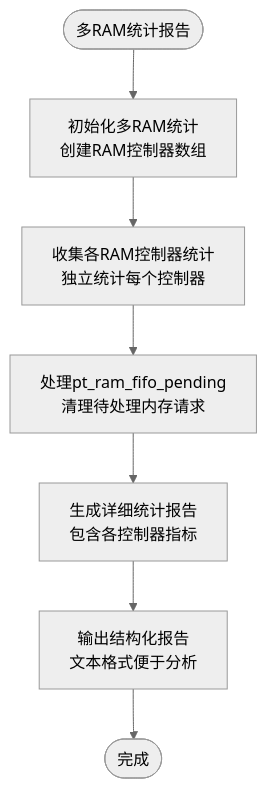
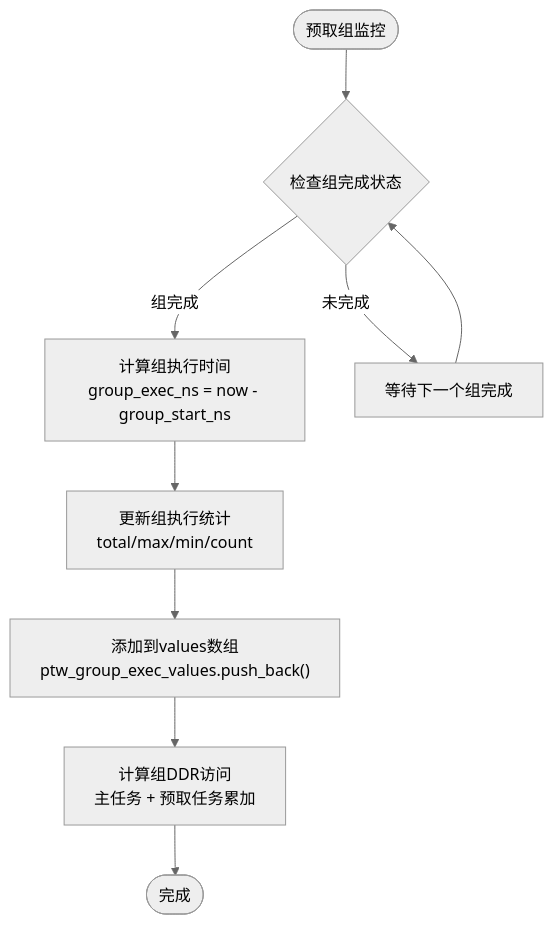
Before and after one commit to jiangjiang1122/iommu_model_20260401_v1: the fifth of 12 diagrams in .qoder/repowiki/zh/content/性能模型/性能指标与统计.md, drawn with Mermaid (neutral theme). The commit also changed other lines of this file and 55 other files, not shown here.

````diff
--- a/.qoder/repowiki/zh/content/性能模型/性能指标与统计.md
+++ b/.qoder/repowiki/zh/content/性能模型/性能指标与统计.md
@@ -387,9 +373,11 @@
 ```mermaid
 flowchart TD
-Start(["多RAM统计报告"]) --> InitRAM["初始化多RAM统计<br/>创建RAM控制器数组"]
-InitRAM --> CollectStats["收集各RAM控制器统计<br/>独立统计每个控制器"]
-CollectStats --> ProcessPending["处理pt_ram_fifo_pending<br/>清理待处理内存请求"]
-ProcessPending --> GenerateReport["生成详细统计报告<br/>包含各控制器指标"]
-GenerateReport --> OutputReport["输出结构化报告<br/>文本格式便于分析"]
-OutputReport --> End(["完成"])
+Start(["预取组监控"]) --> CheckGroup{"检查组完成状态"}
+CheckGroup --> |组完成| CalcExecTime["计算组执行时间<br/>group_exec_ns = now - group_start_ns"]
+CalcExecTime --> UpdateStats["更新组执行统计<br/>total/max/min/count"]
+UpdateStats --> AddValue["添加到values数组<br/>ptw_group_exec_values.push_back()"]
+AddValue --> CalcDDRAccess["计算组DDR访问<br/>主任务 + 预取任务累加"]
+CalcDDRAccess --> End(["完成"])
+CheckGroup --> |未完成| WaitNext["等待下一个组完成"]
+WaitNext --> CheckGroup
 ```
````
